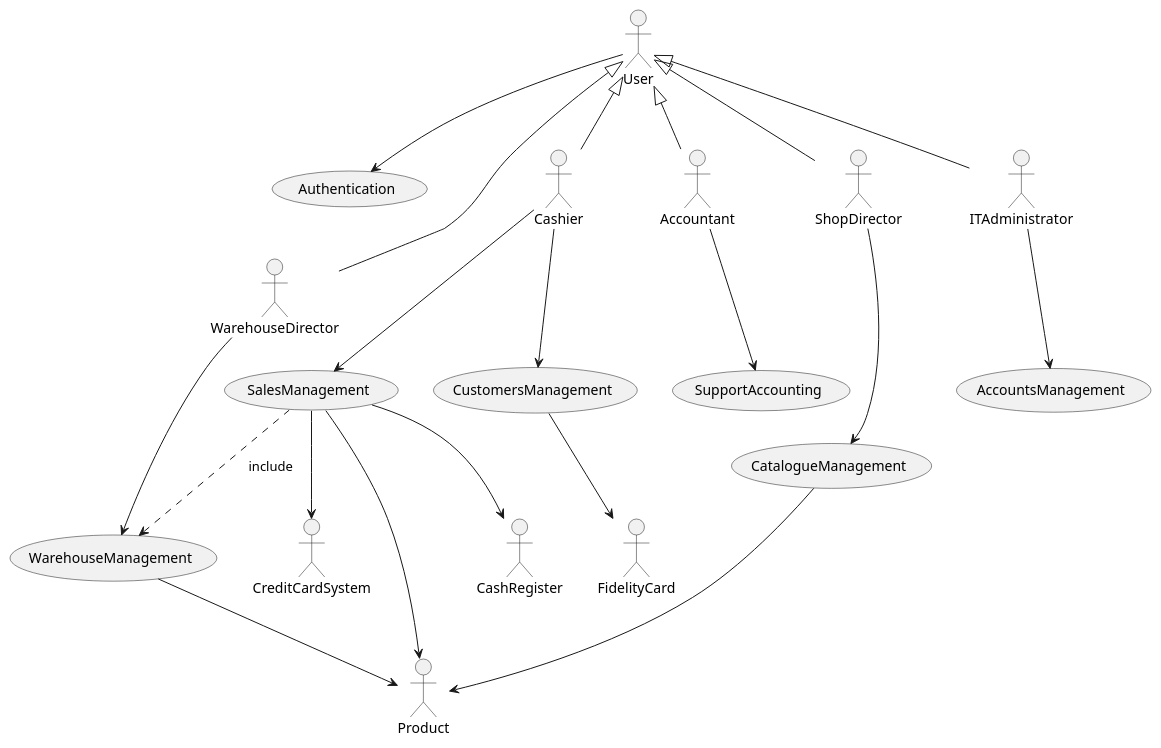
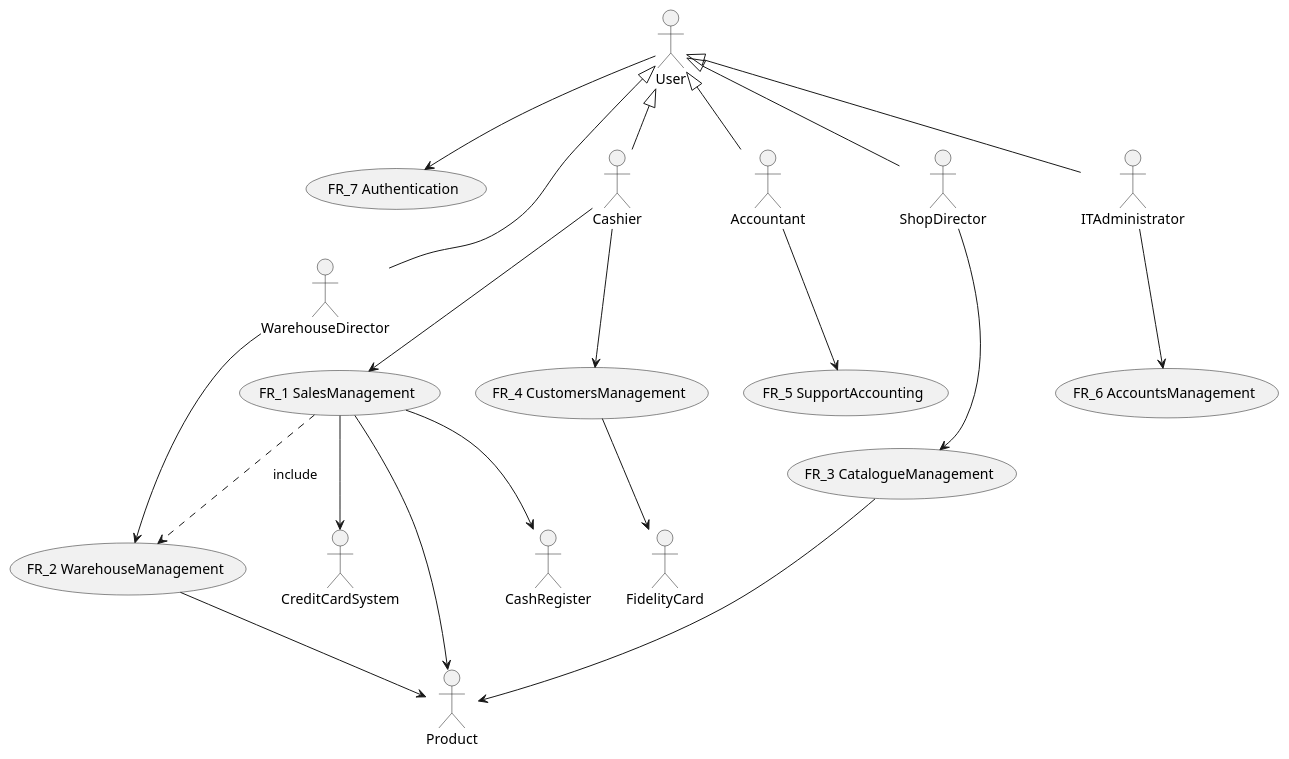
The second of 11 diagrams in Deliverables/RequirementsDocument.md (Stormz4/group20-EzShop), drawn with PlantUML before and after one commit. The commit also changed other lines of this file, not shown here.

Commit message:
Doc: Requirement Document - Included FR into general UCD

````diff
--- a/Deliverables/RequirementsDocument.md
+++ b/Deliverables/RequirementsDocument.md
@@ -213,36 +213,35 @@
 ```plantuml
 @startuml
-usecase Authentication
-usecase SalesManagement
-usecase CustomersManagement
-usecase CatalogueManagement
-usecase WarehouseManagement
-usecase SupportAccounting
-usecase AccountsManagement
 
+usecase (FR_1 SalesManagement)
+usecase (FR_2 WarehouseManagement)
+usecase (FR_3 CatalogueManagement)
+usecase (FR_4 CustomersManagement)
+usecase (FR_5 SupportAccounting)
+usecase (FR_6 AccountsManagement)
+usecase (FR_7 Authentication)
 
 User <|-- Cashier
 User <|-- WarehouseDirector
 User <|-- Accountant
 User <|-- ShopDirector
 User <|-- ITAdministrator
 
-User --> Authentication
-Cashier --> SalesManagement
-Cashier --> CustomersManagement
-ShopDirector --> CatalogueManagement
-WarehouseDirector --> WarehouseManagement
-Accountant --> SupportAccounting
+Cashier --> (FR_1 SalesManagement)
+WarehouseDirector --> (FR_2 WarehouseManagement)
+ShopDirector --> (FR_3 CatalogueManagement)
+Cashier --> (FR_4 CustomersManagement)
+Accountant --> (FR_5 SupportAccounting)
+ITAdministrator --> (FR_6 AccountsManagement)
+User --> (FR_7 Authentication)
 
-ITAdministrator --> AccountsManagement
+(FR_1 SalesManagement) --> Product
+(FR_2 WarehouseManagement) --> Product
+(FR_3 CatalogueManagement) --> Product
+(FR_1 SalesManagement) ..> (FR_2 WarehouseManagement) : include
 
-SalesManagement --> Product
-WarehouseManagement --> Product
-CatalogueManagement --> Product
-SalesManagement ..> WarehouseManagement : include
-
-CustomersManagement --> FidelityCard
-SalesManagement --> CashRegister
-SalesManagement --> CreditCardSystem
+(FR_4 CustomersManagement) --> FidelityCard
+(FR_1 SalesManagement) --> CashRegister
+(FR_1 SalesManagement) --> CreditCardSystem
 @enduml
 ```
````
